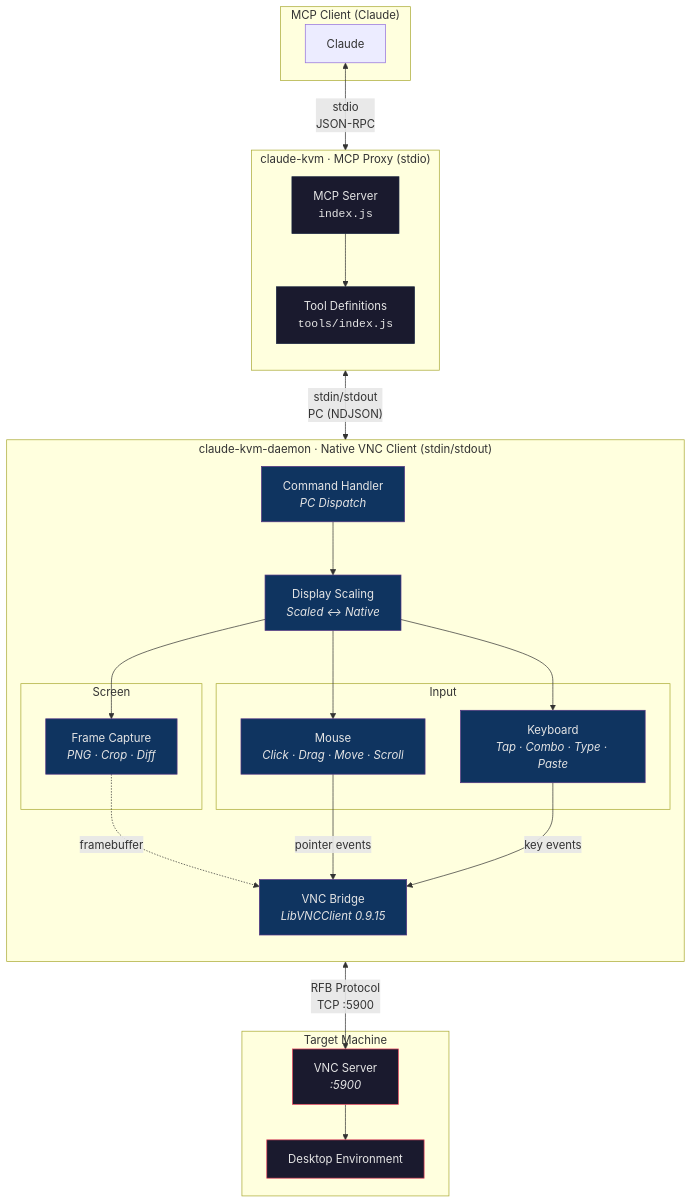
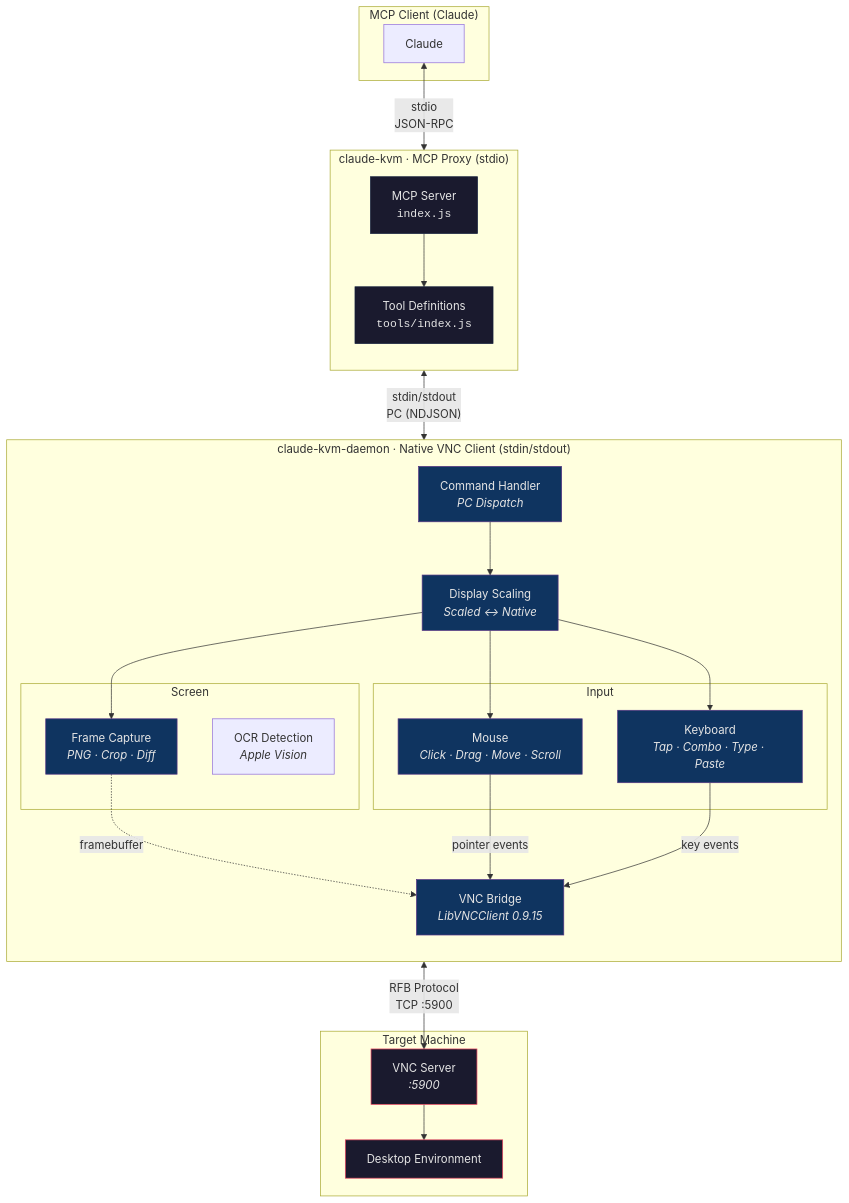
Before and after one commit to ARAS-Workspace/claude-kvm: the diagram in README.md, drawn with Mermaid. The commit also changed other lines of this file and 2 other files, not shown here.

Commit message:
Update documentation for runtime configuration and OCR detection

````diff
--- a/README.md
+++ b/README.md
@@ -7,56 +7,57 @@
 ```mermaid
 graph TB
     subgraph MCP["MCP Client (Claude)"]
         AI["Claude"]
     end
 
     subgraph Proxy["claude-kvm · MCP Proxy (stdio)"]
         direction TB
         Server["MCP Server<br/><code>index.js</code>"]
         Tools["Tool Definitions<br/><code>tools/index.js</code>"]
         Server --> Tools
     end
 
     subgraph Daemon["claude-kvm-daemon · Native VNC Client (stdin/stdout)"]
         direction TB
         CMD["Command Handler<br/><i>PC Dispatch</i>"]
         Scale["Display Scaling<br/><i>Scaled ↔ Native</i>"]
 
         subgraph Screen["Screen"]
             Capture["Frame Capture<br/><i>PNG · Crop · Diff</i>"]
+            OCR["OCR Detection<br/><i>Apple Vision</i>"]
         end
 
         subgraph InputGroup["Input"]
             Mouse["Mouse<br/><i>Click · Drag · Move · Scroll</i>"]
             KB["Keyboard<br/><i>Tap · Combo · Type · Paste</i>"]
         end
 
         VNC["VNC Bridge<br/><i>LibVNCClient 0.9.15</i>"]
 
         CMD --> Scale
         Scale --> Capture
         Scale --> Mouse
         Scale --> KB
         Capture -.->|"framebuffer"| VNC
         Mouse -->|"pointer events"| VNC
         KB -->|"key events"| VNC
     end
 
     subgraph Target["Target Machine"]
         VNC_Server["VNC Server<br/><i>:5900</i>"]
         Desktop["Desktop Environment"]
         VNC_Server --> Desktop
     end
 
     AI <-->|"stdio<br/>JSON-RPC"| Server
     Server <-->|"stdin/stdout<br/>PC (NDJSON)"| CMD
     VNC <-->|"RFB Protocol<br/>TCP :5900"| VNC_Server
 
     classDef proxy fill:#1a1a2e,stroke:#16213e,color:#e5e5e5
     classDef daemon fill:#0f3460,stroke:#533483,color:#e5e5e5
     classDef target fill:#1a1a2e,stroke:#e94560,color:#e5e5e5
 
     class Server,Tools proxy
     class CMD,Scale,VNC,Capture,Mouse,KB daemon
     class VNC_Server,Desktop target
 ```
````
